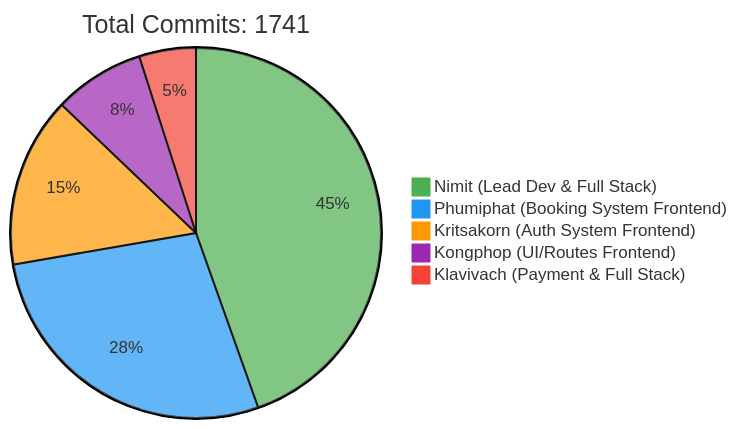
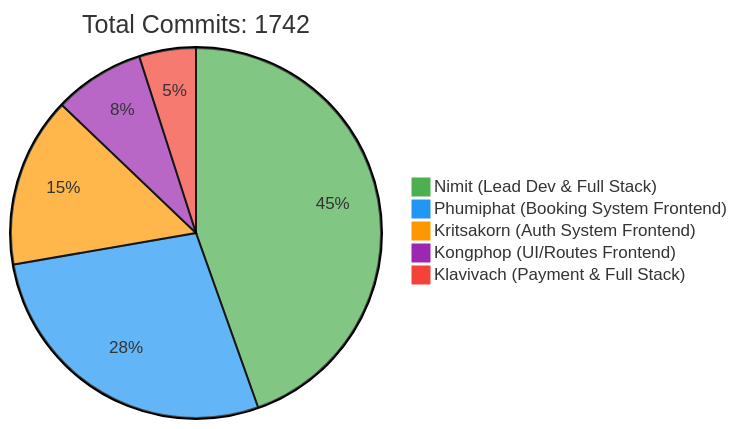
Before and after one commit to 6531503042/Sport-Complex: the first of 2 diagrams in README.md, drawn with Mermaid. The commit also changed other lines of this file, not shown here.

Commit message:
docs: Update contributor statistics [skip ci]

````diff
--- a/README.md
+++ b/README.md
@@ -257,10 +257,10 @@
 ```mermaid
 %%{init: {'theme': 'base', 'themeVariables': { 'pie1': '#4CAF50', 'pie2': '#2196F3', 'pie3': '#FF9800', 'pie4': '#9C27B0', 'pie5': '#F44336'}}}%%
 pie
-    title Total Commits: 1741
+    title Total Commits: 1742
     "Nimit (Lead Dev & Full Stack)" : 450
     "Phumiphat (Booking System Frontend)" : 280
     "Kritsakorn (Auth System Frontend)" : 150
     "Kongphop (UI/Routes Frontend)" : 80
     "Klavivach (Payment & Full Stack)" : 50
 ```
````
